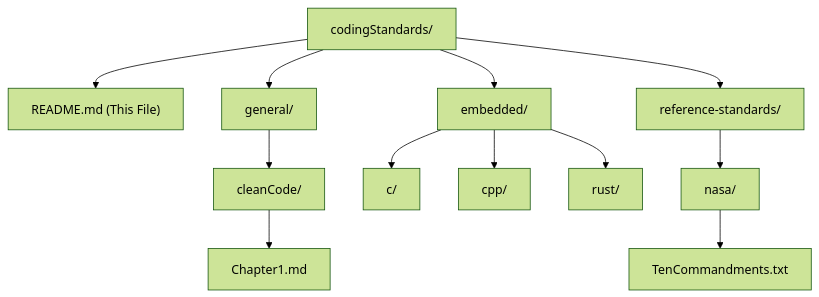
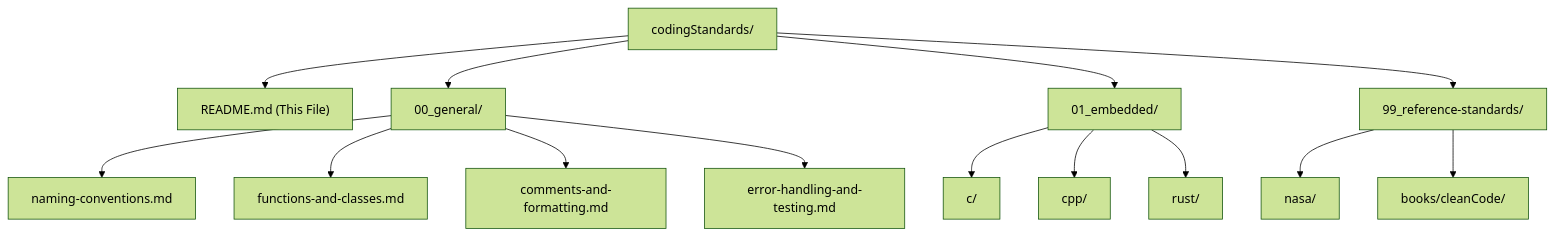
One commit to gboud21/Software_Training changed the diagram in doc/codingStandards/README.md. Above: the diagram before and after it, drawn with Mermaid (forest theme). The commit also changed other lines of this file and 22 other files, not shown here.

Commit message:
Move the clean code summaries to the reference standards. Add formatting, error handling, functions and naming conventions to the general standards

````diff
--- a/doc/codingStandards/README.md
+++ b/doc/codingStandards/README.md
@@ -13,17 +13,19 @@
 ```mermaid
 graph TD
     Root["codingStandards/"] --> README["README.md (This File)"]
-    Root --> Gen["general/"]
-    Root --> Emb["embedded/"]
-    Root --> Ref["reference-standards/"]
+    Root --> Gen["00_general/"]
+    Root --> Emb["01_embedded/"]
+    Root --> Ref["99_reference-standards/"]
 
-    Gen --> CC["cleanCode/"]
-    CC --> Ch1["Chapter1.md"]
+    Gen --> Naming["naming-conventions.md"]
+    Gen --> Funcs["functions-and-classes.md"]
+    Gen --> Comm["comments-and-formatting.md"]
+    Gen --> Err["error-handling-and-testing.md"]
 
     Emb --> EmbC["c/"]
     Emb --> EmbCpp["cpp/"]
     Emb --> EmbRust["rust/"]
 
     Ref --> NASA["nasa/"]
-    NASA --> TenCmd["TenCommandments.txt"]
+    Ref --> Books["books/cleanCode/"]
 ```
````
